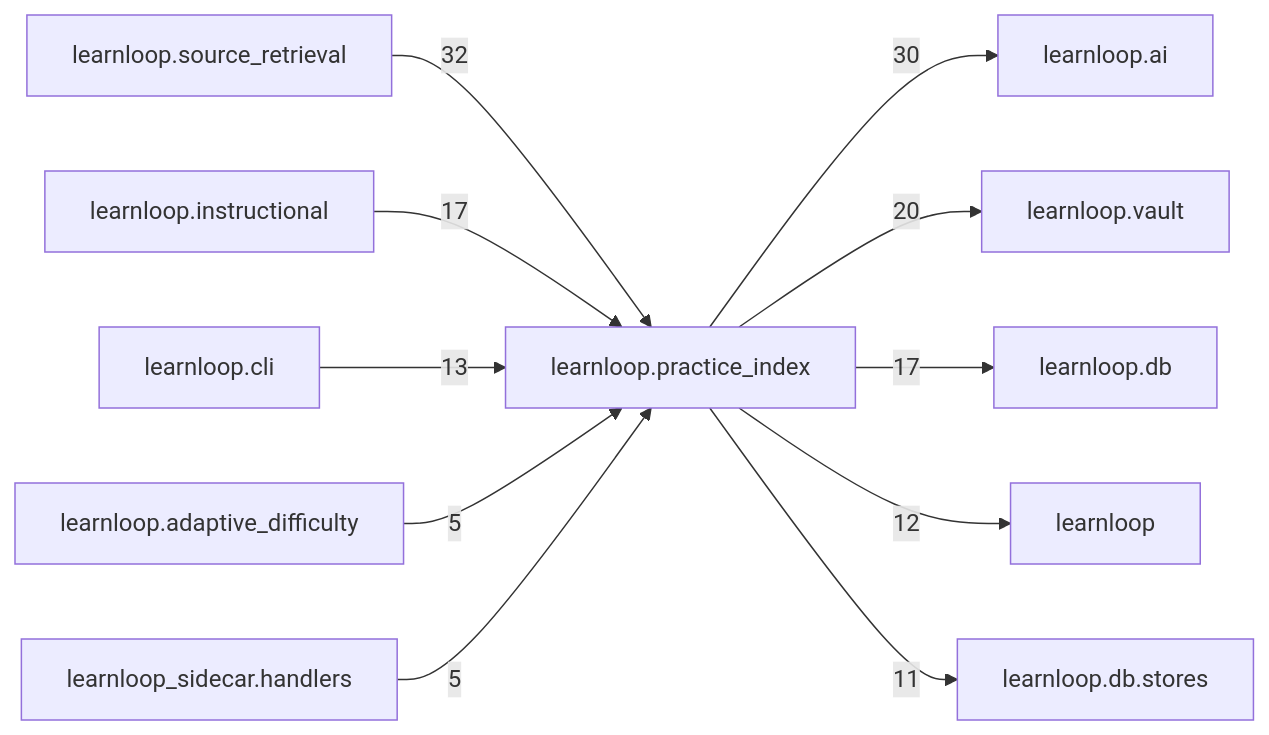
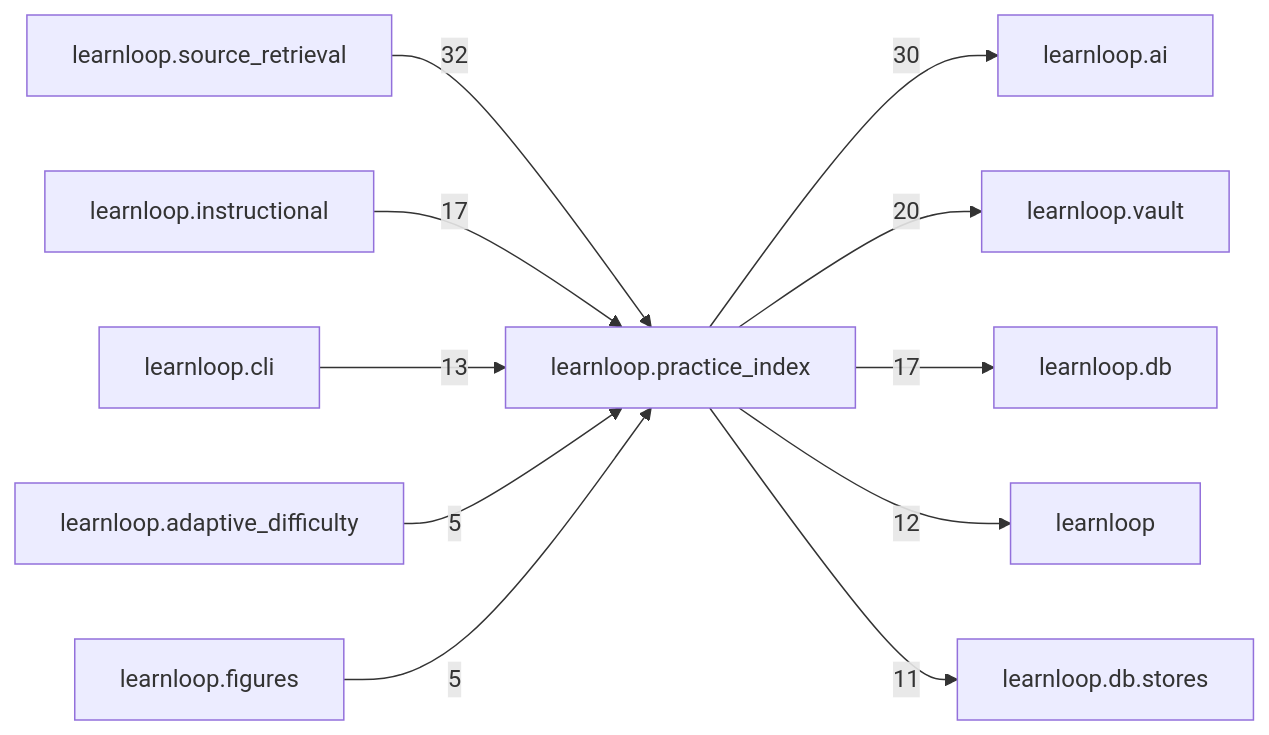
Before and after one commit to 6up-b/learnanything: the diagram in docs/learnloop-architecture-vault/Reference/Modules/learnloop/practice_index/_package.md, drawn with Mermaid. The commit also changed other lines of this file and 601 other files, not shown here.

````diff
--- a/docs/learnloop-architecture-vault/Reference/Modules/learnloop/practice_index/_package.md
+++ b/docs/learnloop-architecture-vault/Reference/Modules/learnloop/practice_index/_package.md
@@ -110,24 +110,24 @@
 ```mermaid
 flowchart LR
     center["learnloop.practice_index"]
     n_learnloop_source_retrieval["learnloop.source_retrieval"]
     n_learnloop_ai["learnloop.ai"]
     n_learnloop_vault["learnloop.vault"]
     n_learnloop_db["learnloop.db"]
     n_learnloop_instructional["learnloop.instructional"]
     n_learnloop_cli["learnloop.cli"]
     n_learnloop["learnloop"]
     n_learnloop_db_stores["learnloop.db.stores"]
     n_learnloop_adaptive_difficulty["learnloop.adaptive_difficulty"]
-    n_learnloop_sidecar_handlers["learnloop_sidecar.handlers"]
+    n_learnloop_figures["learnloop.figures"]
     n_learnloop_source_retrieval -->|32| center
     center -->|30| n_learnloop_ai
     center -->|20| n_learnloop_vault
     center -->|17| n_learnloop_db
     n_learnloop_instructional -->|17| center
     n_learnloop_cli -->|13| center
     center -->|12| n_learnloop
     center -->|11| n_learnloop_db_stores
     n_learnloop_adaptive_difficulty -->|5| center
-    n_learnloop_sidecar_handlers -->|5| center
+    n_learnloop_figures -->|5| center
 ```
````
